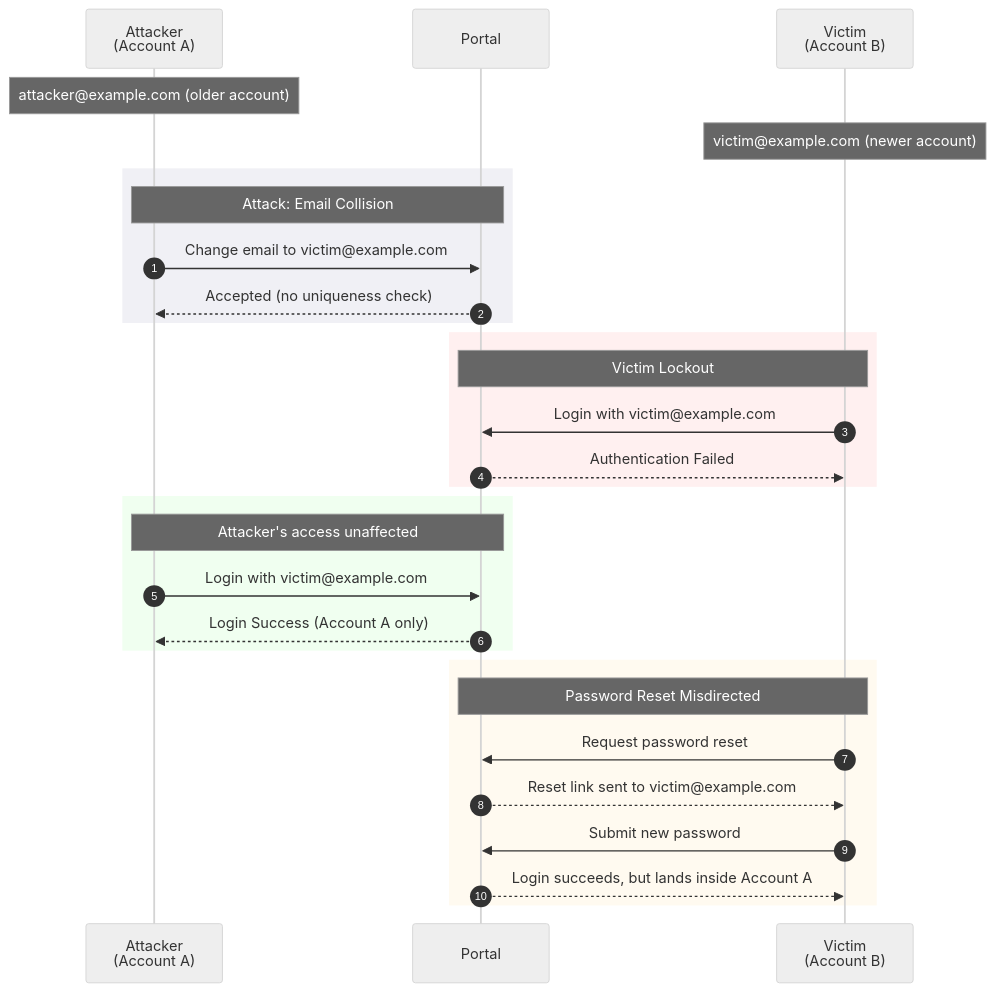
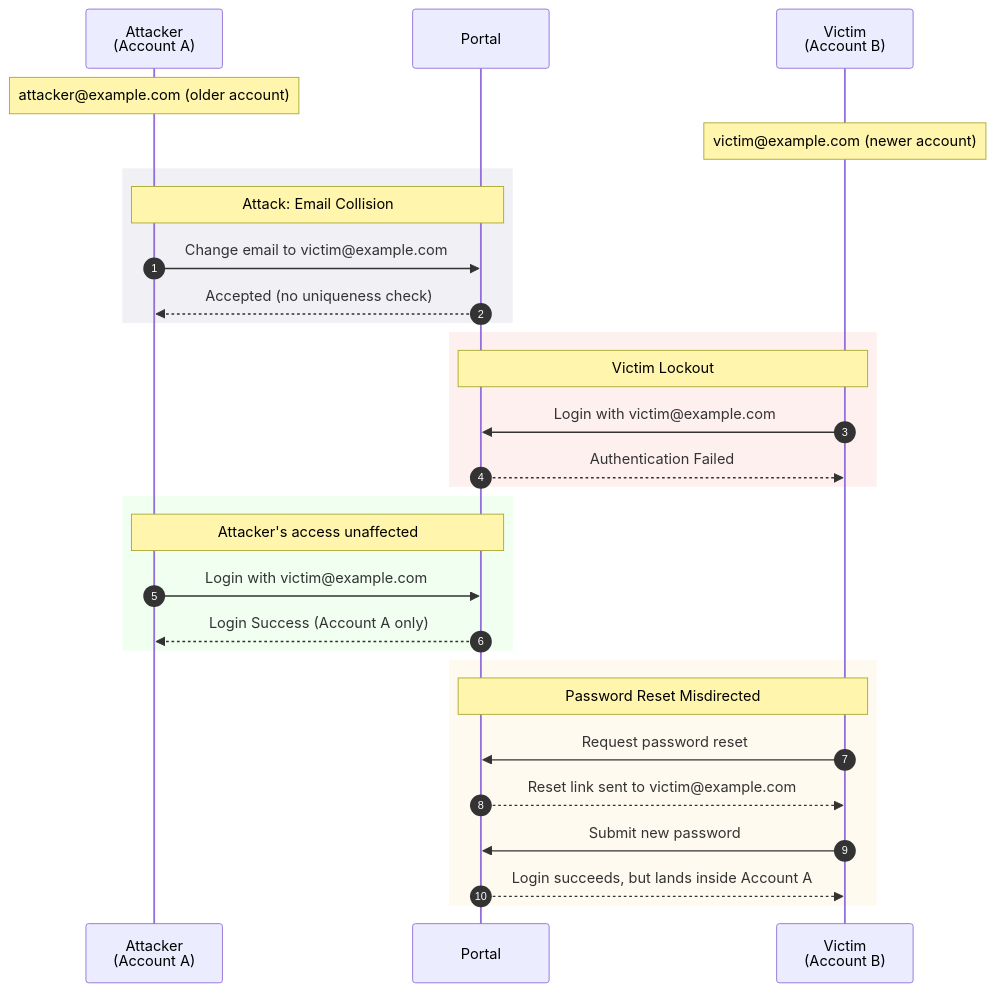
Before and after one commit to EdoardoTosin/edoardotosin.github.io: the diagram in _posts/Cybersecurity/2026-05-21-email-collision-dos-when-poor-validation-locks-users-out.md, drawn with Mermaid. The commit also changed other lines of this file, not shown here.

Commit message:
fix(mermaid): remove forced neutral theme to restore dark mode rendering

````diff
--- a/_posts/Cybersecurity/2026-05-21-email-collision-dos-when-poor-validation-locks-users-out.md
+++ b/_posts/Cybersecurity/2026-05-21-email-collision-dos-when-poor-validation-locks-users-out.md
@@ -60,38 +60,38 @@
 ```mermaid
-%%{init: {'theme':'neutral', 'themeVariables': {'fontSize':'13px','fontFamily':'ui-sans-serif, system-ui, sans-serif'}}}%%
+%%{init: {'themeVariables': {'fontSize':'13px','fontFamily':'ui-sans-serif, system-ui, sans-serif'}}}%%
 
 sequenceDiagram
     autonumber
     participant A as Attacker<br/>(Account A)
     participant P as Portal
     participant V as Victim<br/>(Account B)
 
     Note over A: attacker@example.com (older account)
     Note over V: victim@example.com (newer account)
 
     rect rgb(240, 240, 245)
         Note over A,P: Attack: Email Collision
         A->>P: Change email to victim@example.com
         P-->>A: Accepted (no uniqueness check)
     end
 
     rect rgb(255, 240, 240)
         Note over V,P: Victim Lockout
         V->>P: Login with victim@example.com
         P-->>V: Authentication Failed
     end
 
     rect rgb(240, 255, 240)
         Note over A,P: Attacker's access unaffected
         A->>P: Login with victim@example.com
         P-->>A: Login Success (Account A only)
     end
 
     rect rgb(255, 250, 240)
         Note over V,P: Password Reset Misdirected
         V->>P: Request password reset
         P-->>V: Reset link sent to victim@example.com
         V->>P: Submit new password
         P-->>V: Login succeeds, but lands inside Account A
     end
 ```
````
